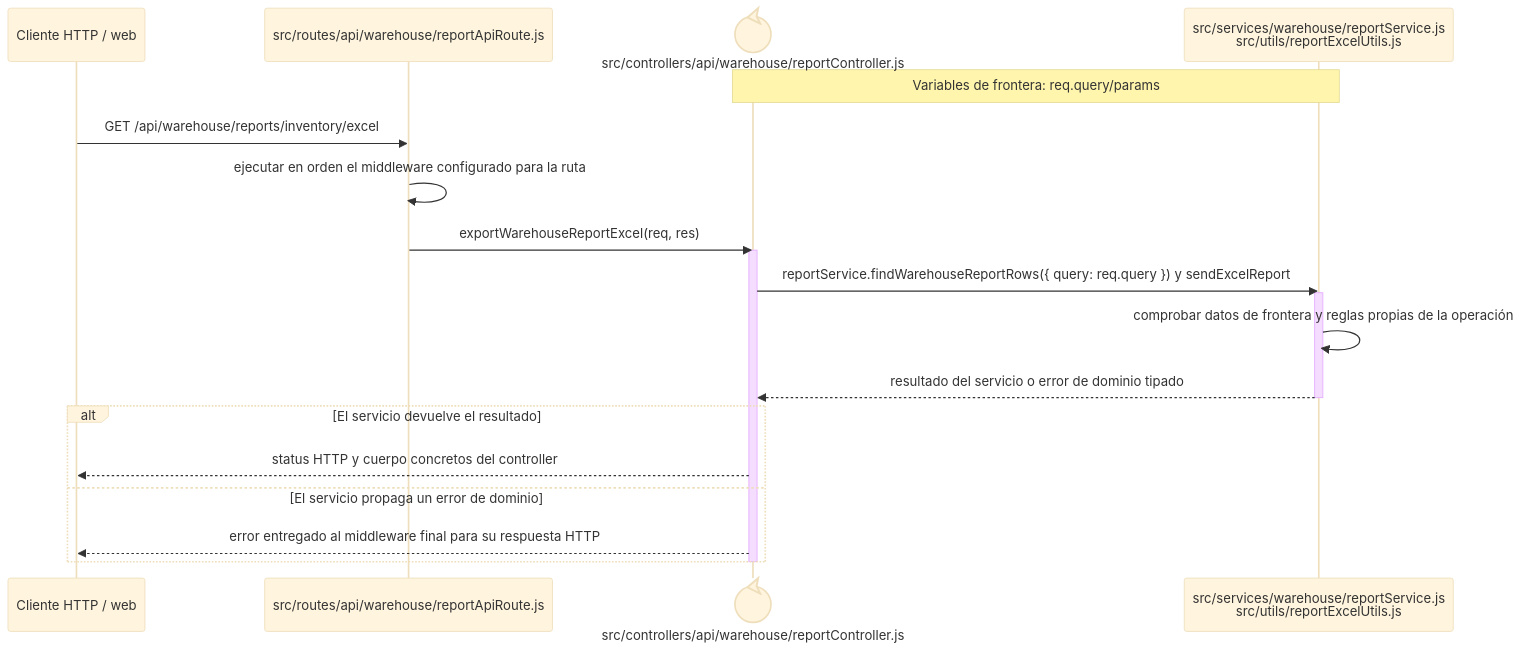
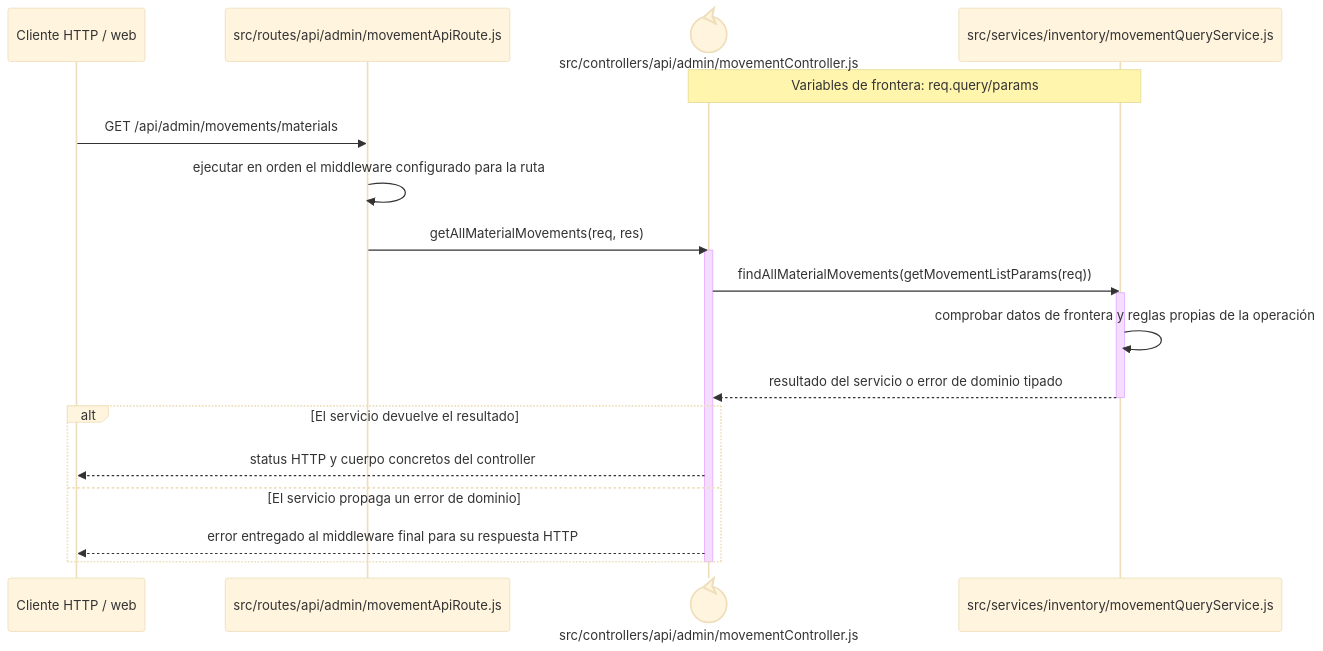
One commit to gpgsistemas01/nexus changed the diagram in docs/architecture/backend-code-sequences/catalogs/cu-cat-07.md. Above: the diagram before and after it, drawn with Mermaid (base theme). The commit also changed other lines of this file and 207 other files, not shown here.

````diff
--- a/docs/architecture/backend-code-sequences/catalogs/cu-cat-07.md
+++ b/docs/architecture/backend-code-sequences/catalogs/cu-cat-07.md
@@ -6,24 +6,24 @@
 ```mermaid
 sequenceDiagram
     participant Client as Cliente HTTP / web
-    participant Route as src/routes/api/warehouse/reportApiRoute.js
-    participant Controller@{ "type": "control" } as src/controllers/api/warehouse/reportController.js
-    participant Domain as src/services/warehouse/reportService.js<br/>src/utils/reportExcelUtils.js
+    participant Route as src/routes/api/admin/movementApiRoute.js
+    participant Controller@{ "type": "control" } as src/controllers/api/admin/movementController.js
+    participant Domain as src/services/inventory/movementQueryService.js
     Note over Controller,Domain: Variables de frontera: req.query/params
 
-    Client->>Route: GET /api/warehouse/reports/inventory/excel
+    Client->>Route: GET /api/admin/movements/materials
     Route->>Route: ejecutar en orden el middleware configurado para la ruta
-    Route->>Controller: exportWarehouseReportExcel(req, res)
+    Route->>Controller: getAllMaterialMovements(req, res)
     activate Controller
-    Controller->>Domain: reportService.findWarehouseReportRows({ query: req.query }) y sendExcelReport
+    Controller->>Domain: findAllMaterialMovements(getMovementListParams(req))
     activate Domain
     Domain->>Domain: comprobar datos de frontera y reglas propias de la operación
     Domain-->>Controller: resultado del servicio o error de dominio tipado
     deactivate Domain
     alt El servicio devuelve el resultado
         Controller-->>Client: status HTTP y cuerpo concretos del controller
     else El servicio propaga un error de dominio
         Controller-->>Client: error entregado al middleware final para su respuesta HTTP
     end
     deactivate Controller
 ```
````
